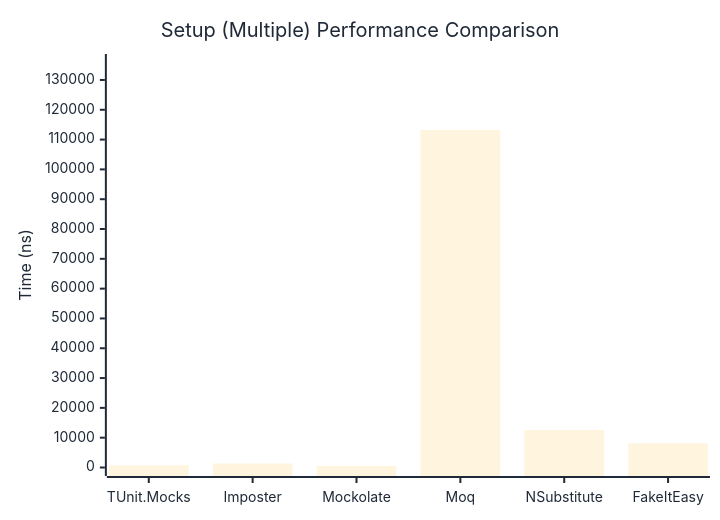
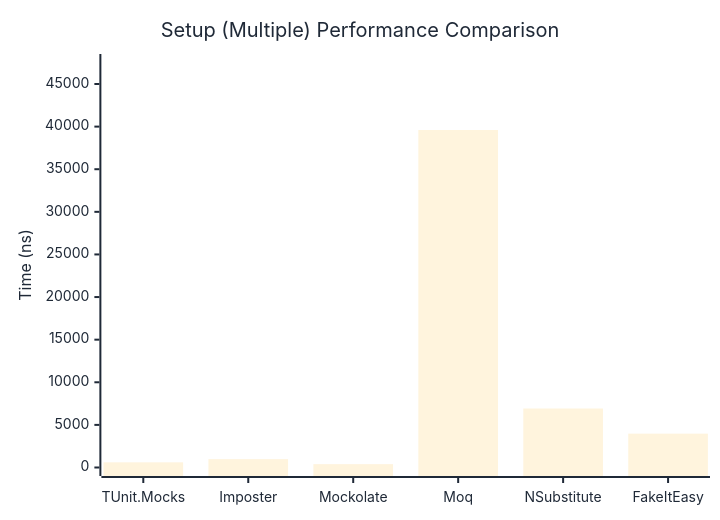
Before and after one commit to thomhurst/TUnit: the second of 2 diagrams in docs/docs/benchmarks/mocks/Setup.md, drawn with Mermaid. The commit also changed other lines of this file and 14 other files, not shown here.

````diff
--- a/docs/docs/benchmarks/mocks/Setup.md
+++ b/docs/docs/benchmarks/mocks/Setup.md
@@ -71,27 +71,27 @@
 ```mermaid
 %%{init: {
   'theme':'base',
   'themeVariables': {
     'primaryColor': '#2563eb',
     'primaryTextColor': '#1f2937',
     'primaryBorderColor': '#1e40af',
     'lineColor': '#6b7280',
     'secondaryColor': '#7c3aed',
     'tertiaryColor': '#dc2626',
     'background': '#ffffff',
     'pie1': '#2563eb',
     'pie2': '#7c3aed',
     'pie3': '#dc2626',
     'pie4': '#f59e0b',
     'pie5': '#10b981',
     'pie6': '#06b6d4',
     'pie7': '#ec4899',
     'pie8': '#6366f1'
   }
 }}%%
 xychart-beta
   title "Setup (Multiple) Performance Comparison"
   x-axis ["TUnit.Mocks", "Imposter", "Mockolate", "Moq", "NSubstitute", "FakeItEasy"]
-  y-axis "Time (ns)" 0 --> 135858
-  bar [740.9, 1324.4, 518.9, 113215, 12569.2, 8089.3]
+  y-axis "Time (ns)" 0 --> 47522
+  bar [606.6, 983, 392.5, 39601.3, 6921.2, 3971.7]
 ```
````
